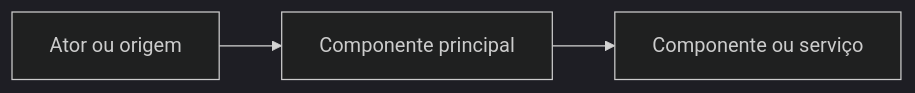
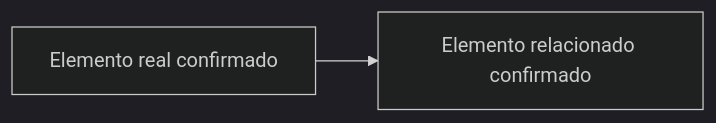
One commit to Jibabk/bolaoCopaFifa2027 changed the diagram in .claude/skills/onboarding/assets/README.template.md. Above: the diagram before and after it, drawn with Mermaid (dark theme). The commit also changed other lines of this file and 16 other files, not shown here.

Commit message:
📝 docs(onboarding,readme): atualiza skill de onboarding e documentação do README.md com diagramas Mermaid

````diff
--- a/.claude/skills/onboarding/assets/README.template.md
+++ b/.claude/skills/onboarding/assets/README.template.md
@@ -22,5 +23,4 @@
 ```mermaid
 flowchart LR
-    A[Ator ou origem] --> B[Componente principal]
-    B --> C[Componente ou serviço]
+    A[Elemento real confirmado] --> B[Elemento relacionado confirmado]
 ```
````
